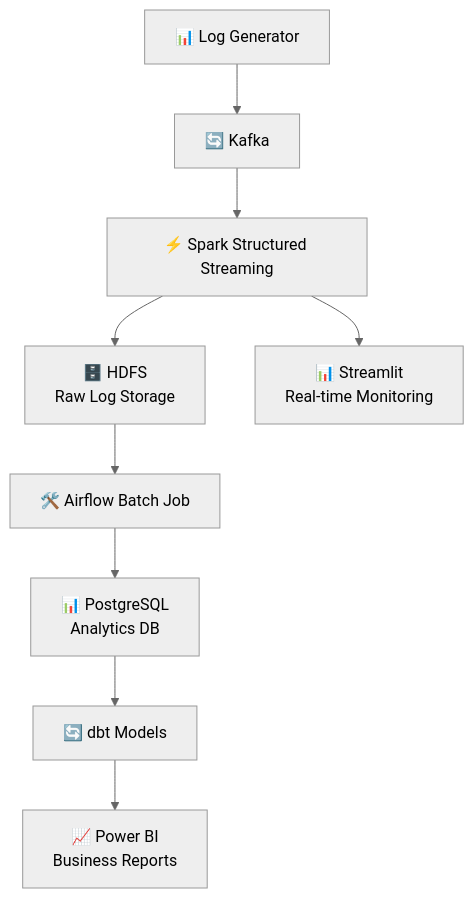
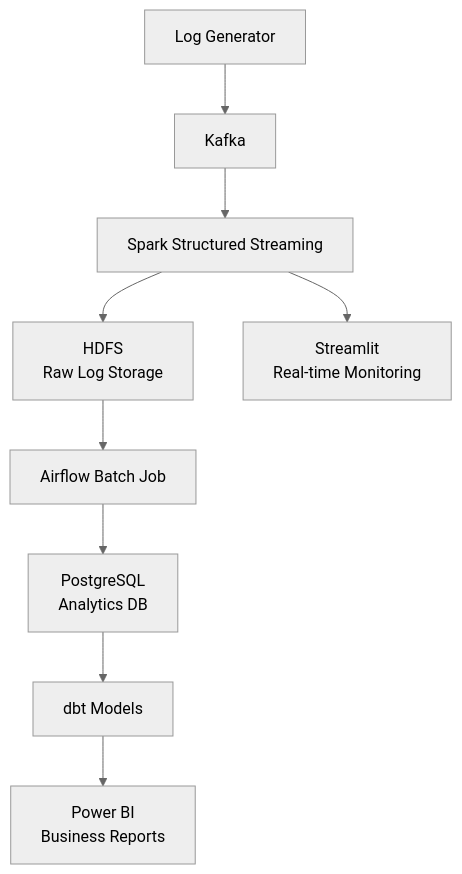
One commit to MAHMOUDMAMDOH8/end-to-end-log-processing changed the first of 3 diagrams in README.md. Above: the diagram before and after it, drawn with Mermaid (neutral theme).

````diff
--- a/README.md
+++ b/README.md
@@ -19,11 +19,11 @@
 ```mermaid
 graph TD
-    A[📊 Log Generator] --> B[🔄 Kafka]
-    B --> C[⚡ Spark Structured Streaming]
-    C --> F[🗄️ HDFS<br/>Raw Log Storage]
-    F --> G[🛠️ Airflow Batch Job]
-    G --> H[📊 PostgreSQL<br/>Analytics DB]
-    H --> I[🔄 dbt Models]
-    I --> J[📈 Power BI<br/>Business Reports]
-    C --> E[📊 Streamlit<br/>Real-time Monitoring]
+    A[Log Generator] --> B[ Kafka]
+    B --> C[ Spark Structured Streaming]
+    C --> F[ HDFS<br/>Raw Log Storage]
+    F --> G[ Airflow Batch Job]
+    G --> H[ PostgreSQL<br/>Analytics DB]
+    H --> I[ dbt Models]
+    I --> J[Power BI<br/>Business Reports]
+    C --> E[ Streamlit<br/>Real-time Monitoring]
 ```
````
